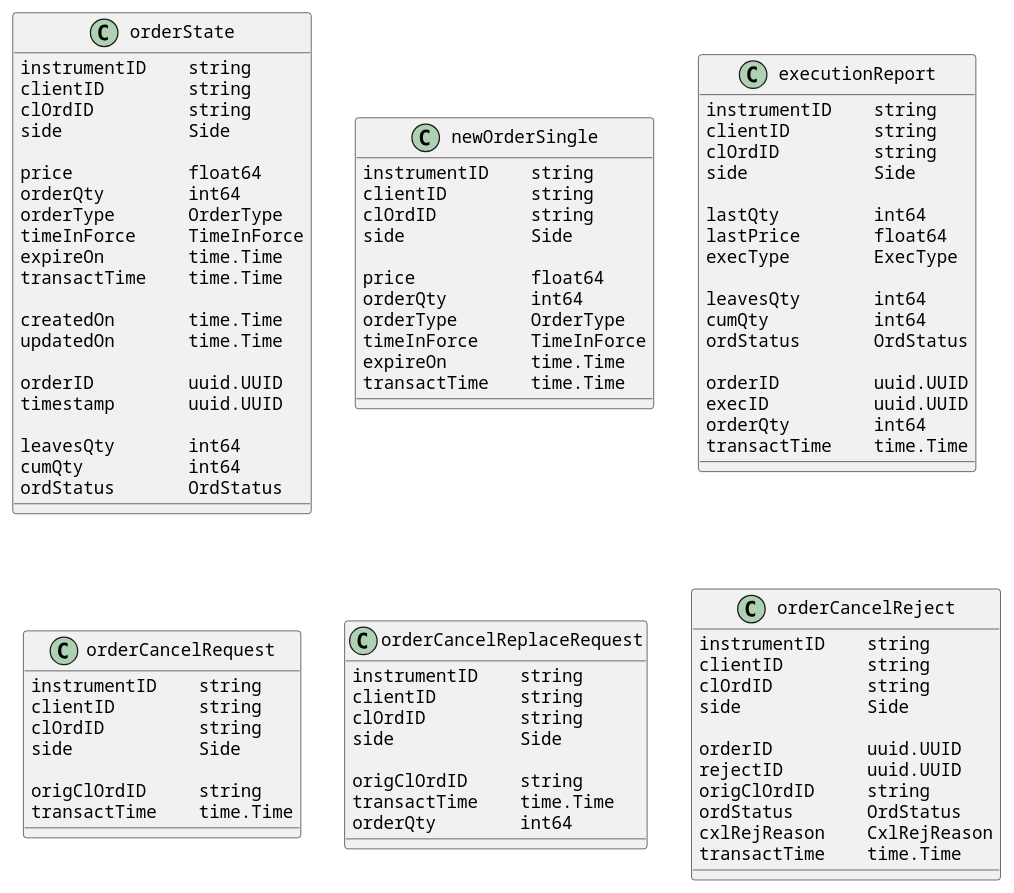
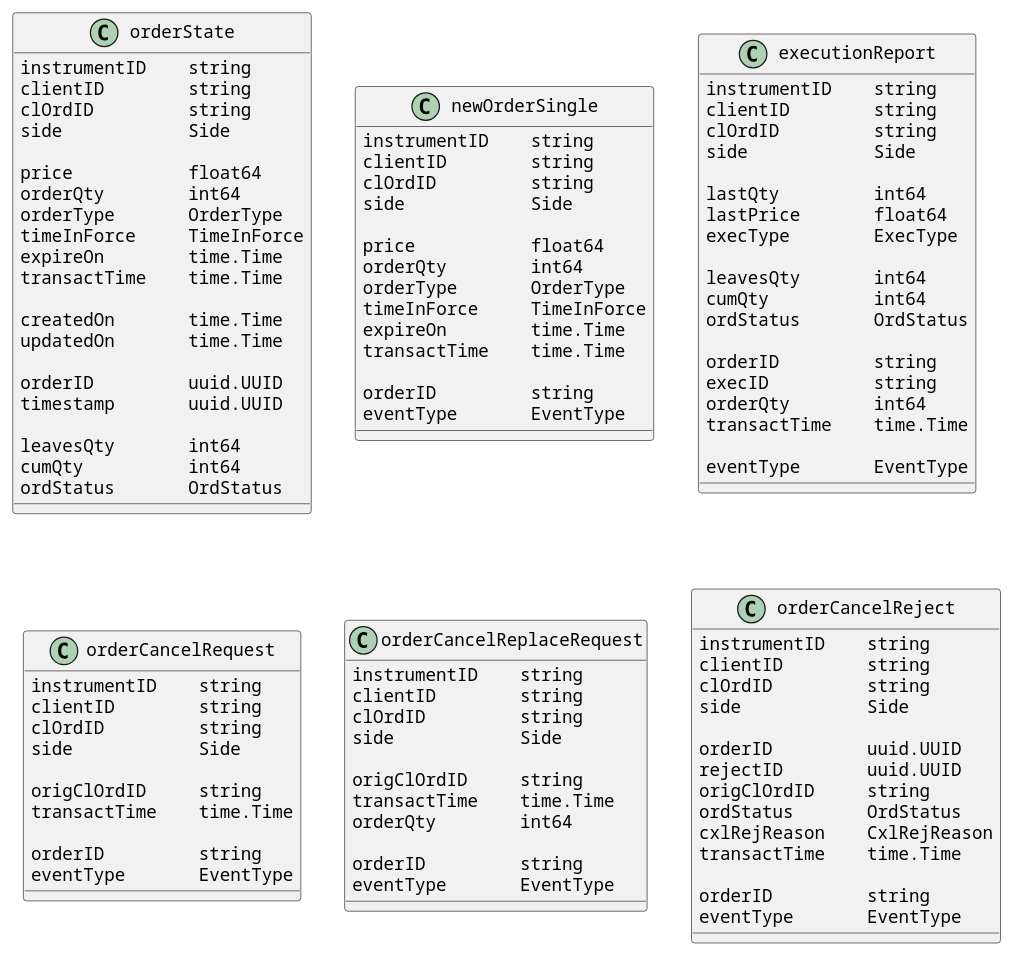
One commit to systematicmethods/orderbook changed the diagram in doc/Order Classes.puml. Above: the diagram before and after it, drawn with PlantUML.

Commit message:
fix: update classes

```diff
--- a/doc/Order Classes.puml
+++ b/doc/Order Classes.puml
@@ -1,99 +1,113 @@
 @startuml
 skinparam defaultFontName Courier
 
 
 class orderState {
 	instrumentID    string
 	clientID        string
 	clOrdID         string
 	side            Side
 
 	price           float64
 	orderQty        int64
 	orderType       OrderType
 	timeInForce     TimeInForce
 	expireOn        time.Time
 	transactTime    time.Time
 
 	createdOn       time.Time
 	updatedOn       time.Time
 
 	orderID         uuid.UUID
     timestamp       uuid.UUID
 
 	leavesQty       int64
 	cumQty          int64
 	ordStatus       OrdStatus
 }
 
 class newOrderSingle {
 	instrumentID    string
 	clientID        string
 	clOrdID         string
 	side            Side
 
 	price           float64
 	orderQty        int64
 	orderType       OrderType
 	timeInForce     TimeInForce
 	expireOn        time.Time
 	transactTime    time.Time
+
+    orderID         string
+	eventType       EventType
 }
 
 class executionReport {
 	instrumentID    string
 	clientID        string
 	clOrdID         string
 	side            Side
 
 	lastQty         int64
 	lastPrice       float64
 	execType        ExecType
 
 	leavesQty       int64
 	cumQty          int64
 	ordStatus       OrdStatus
 
-	orderID         uuid.UUID
-	execID          uuid.UUID
+	orderID         string
+	execID          string
 	orderQty        int64
 	transactTime    time.Time
+
+	eventType       EventType
 }
 
 class orderCancelRequest {
 	instrumentID    string
 	clientID        string
 	clOrdID         string
 	side            Side
 
 	origClOrdID     string
 	transactTime    time.Time
+
+    orderID         string
+	eventType       EventType
 }
 
 class orderCancelReplaceRequest {
 	instrumentID    string
 	clientID        string
 	clOrdID         string
 	side            Side
 
 	origClOrdID     string
 	transactTime    time.Time
 	orderQty        int64
+
+    orderID         string
+	eventType       EventType
 }
 
 class orderCancelReject {
 	instrumentID    string
 	clientID        string
 	clOrdID         string
 	side            Side
 
 	orderID         uuid.UUID
 	rejectID        uuid.UUID
 	origClOrdID     string
     ordStatus       OrdStatus
 	cxlRejReason    CxlRejReason
 	transactTime    time.Time
+
+    orderID         string
+	eventType       EventType
 }
 
 
 @enduml
```
